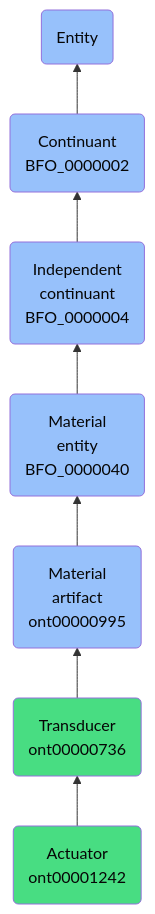
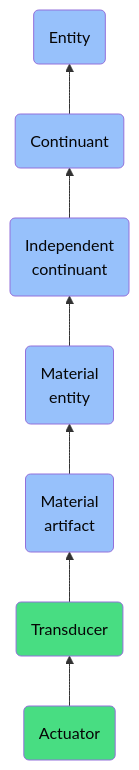
The diagram in docs/ontology/reference/model/Entity/Continuant/Independent continuant/Material entity/Material artifact/Transducer/Actuator/Actuator.md (jupyter-naas/abi), drawn with Mermaid before and after one commit. The commit also changed other lines of this file and 1430 other files, not shown here.

````diff
--- a/docs/ontology/reference/model/Entity/Continuant/Independent continuant/Material entity/Material artifact/Transducer/Actuator/Actuator.md
+++ b/docs/ontology/reference/model/Entity/Continuant/Independent continuant/Material entity/Material artifact/Transducer/Actuator/Actuator.md
@@ -24,14 +24,14 @@
 ```mermaid
 graph BT
-    ont00001242(Actuator<br>ont00001242):::ABI-->ont00000736
-    ont00000736(Transducer<br>ont00000736):::ABI-->ont00000995
-    ont00000995(Material<br>artifact<br>ont00000995):::BFO-->BFO_0000040
-    BFO_0000040(Material<br>entity<br>BFO_0000040):::BFO-->BFO_0000004
-    BFO_0000004(Independent<br>continuant<br>BFO_0000004):::BFO-->BFO_0000002
-    BFO_0000002(Continuant<br>BFO_0000002):::BFO-->BFO_0000001
+    ont00001242(Actuator):::ABI-->ont00000736
+    ont00000736(Transducer):::ABI-->ont00000995
+    ont00000995(Material<br>artifact):::BFO-->BFO_0000040
+    BFO_0000040(Material<br>entity):::BFO-->BFO_0000004
+    BFO_0000004(Independent<br>continuant):::BFO-->BFO_0000002
+    BFO_0000002(Continuant):::BFO-->BFO_0000001
     BFO_0000001(Entity):::BFO
     
     classDef BFO fill:#97c1fb,color:#060606
     classDef CCO fill:#e4c51e,color:#060606
     classDef ABI fill:#48DD82,color:#060606
 ```
````
